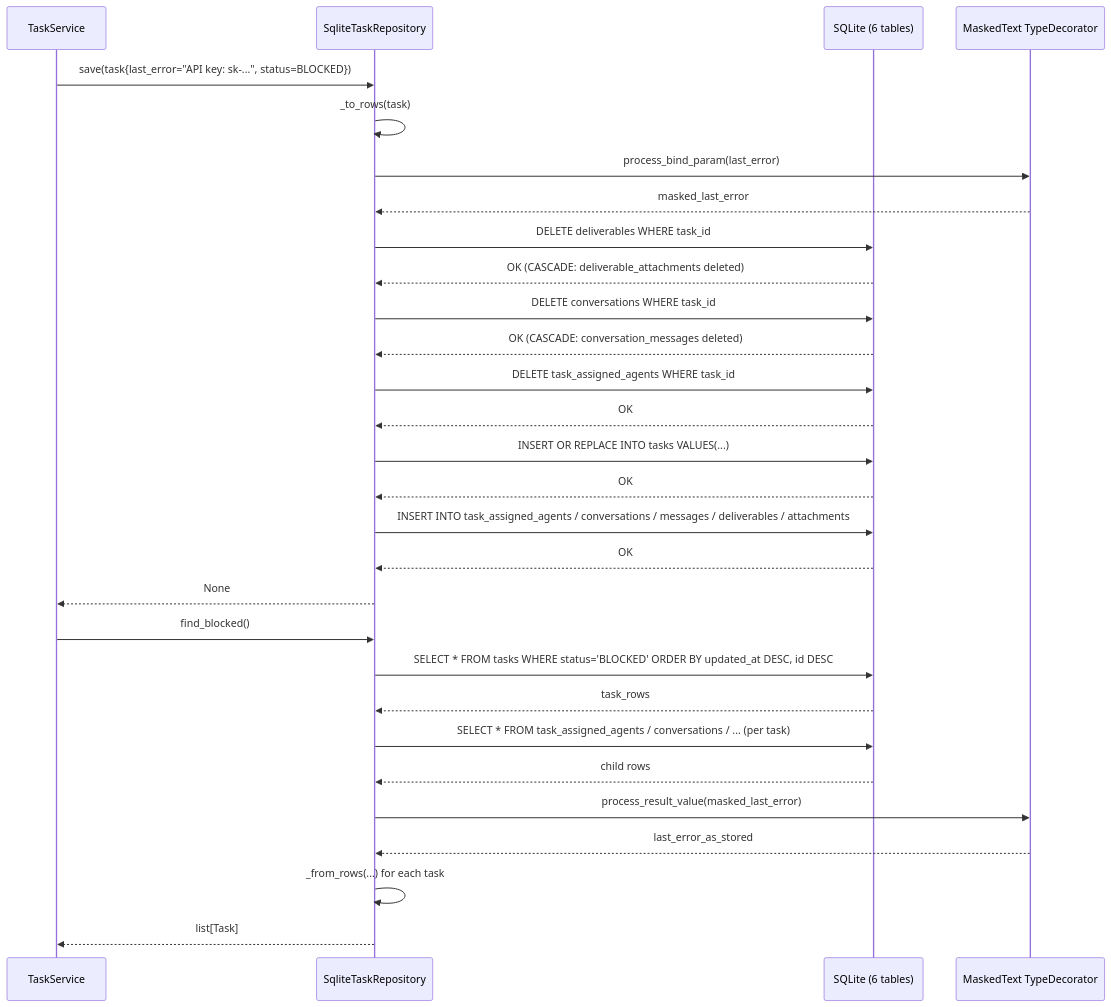
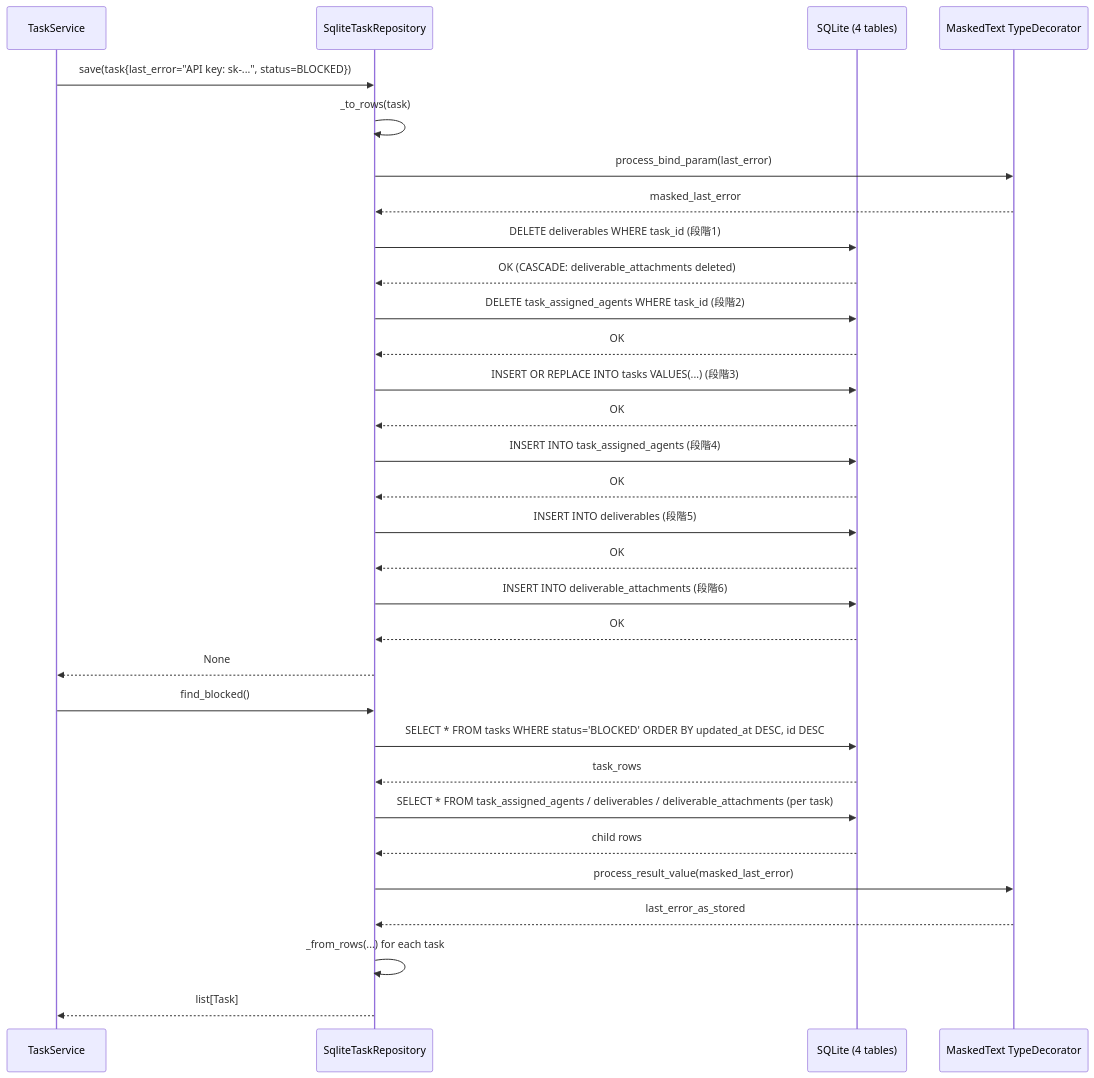
One commit to bakufu-dev/bakufu changed the second of 3 diagrams in docs/features/task-repository/basic-design.md. Above: the diagram before and after it, drawn with Mermaid. The commit also changed other lines of this file and 28 other files, not shown here.

First line of the commit message:
feat(task-repository): SqliteTaskRepository — Issue #35 (#52)

````diff
--- a/docs/features/task-repository/basic-design.md
+++ b/docs/features/task-repository/basic-design.md
@@ -177,33 +175,35 @@
 ```mermaid
 sequenceDiagram
     participant App as TaskService
     participant Repo as SqliteTaskRepository
-    participant DB as SQLite (6 tables)
+    participant DB as SQLite (4 tables)
     participant Masking as MaskedText TypeDecorator
 
     App->>Repo: save(task{last_error="API key: sk-...", status=BLOCKED})
     Repo->>Repo: _to_rows(task)
     Repo->>Masking: process_bind_param(last_error)
     Masking-->>Repo: masked_last_error
-    Repo->>DB: DELETE deliverables WHERE task_id
+    Repo->>DB: DELETE deliverables WHERE task_id (段階1)
     DB-->>Repo: OK (CASCADE: deliverable_attachments deleted)
-    Repo->>DB: DELETE conversations WHERE task_id
-    DB-->>Repo: OK (CASCADE: conversation_messages deleted)
-    Repo->>DB: DELETE task_assigned_agents WHERE task_id
+    Repo->>DB: DELETE task_assigned_agents WHERE task_id (段階2)
     DB-->>Repo: OK
-    Repo->>DB: INSERT OR REPLACE INTO tasks VALUES(...)
+    Repo->>DB: INSERT OR REPLACE INTO tasks VALUES(...) (段階3)
     DB-->>Repo: OK
-    Repo->>DB: INSERT INTO task_assigned_agents / conversations / messages / deliverables / attachments
+    Repo->>DB: INSERT INTO task_assigned_agents (段階4)
+    DB-->>Repo: OK
+    Repo->>DB: INSERT INTO deliverables (段階5)
+    DB-->>Repo: OK
+    Repo->>DB: INSERT INTO deliverable_attachments (段階6)
     DB-->>Repo: OK
     Repo-->>App: None
 
     App->>Repo: find_blocked()
     Repo->>DB: SELECT * FROM tasks WHERE status='BLOCKED' ORDER BY updated_at DESC, id DESC
     DB-->>Repo: task_rows
-    Repo->>DB: SELECT * FROM task_assigned_agents / conversations / ... (per task)
+    Repo->>DB: SELECT * FROM task_assigned_agents / deliverables / deliverable_attachments (per task)
     DB-->>Repo: child rows
     Repo->>Masking: process_result_value(masked_last_error)
     Masking-->>Repo: last_error_as_stored
     Repo->>Repo: _from_rows(...) for each task
     Repo-->>App: list[Task]
 ```
````
